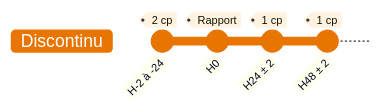
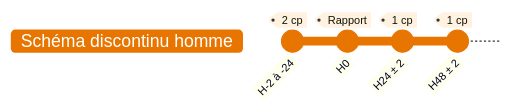
One commit to djibe/recommandations-medicales changed the third of 3 diagrams in content/recommandations/prophylaxie-preexposition-prep.md. Above: the diagram before and after it, drawn with Mermaid. The commit also changed other lines of this file and 12 other files, not shown here.

```diff
--- a/content/recommandations/prophylaxie-preexposition-prep.md
+++ b/content/recommandations/prophylaxie-preexposition-prep.md
@@ -234,8 +293,8 @@
 {{< mermaid title="Utilisation de la PrEP en schéma discontinu (hors AMM). Dr JB Fron d'après HAS 2021" >}}
-%%{init: { 'gitGraph': { 'mainBranchName': 'Discontinu' }, 'themeVariables': { 'git0' : '#e87500', 'tagLabelBackground': '#FFF2E1', 'tagLabelBorder': '#fff' }}}%%
+%%{init: { 'gitGraph': { 'mainBranchName': 'Schéma discontinu homme' }, 'themeVariables': { 'git0' : '#e87500', 'tagLabelBackground': '#FFF2E1', 'tagLabelBorder': '#fff' }}}%%
 gitGraph
   commit id: "H-2 à -24" tag: "2 cp"
   commit id: "H0" tag: "Rapport"
   commit id: "H24 ± 2" tag: "1 cp"
   commit id: "H48 ± 2" tag: "1 cp"
 {{< /mermaid >}}
```
